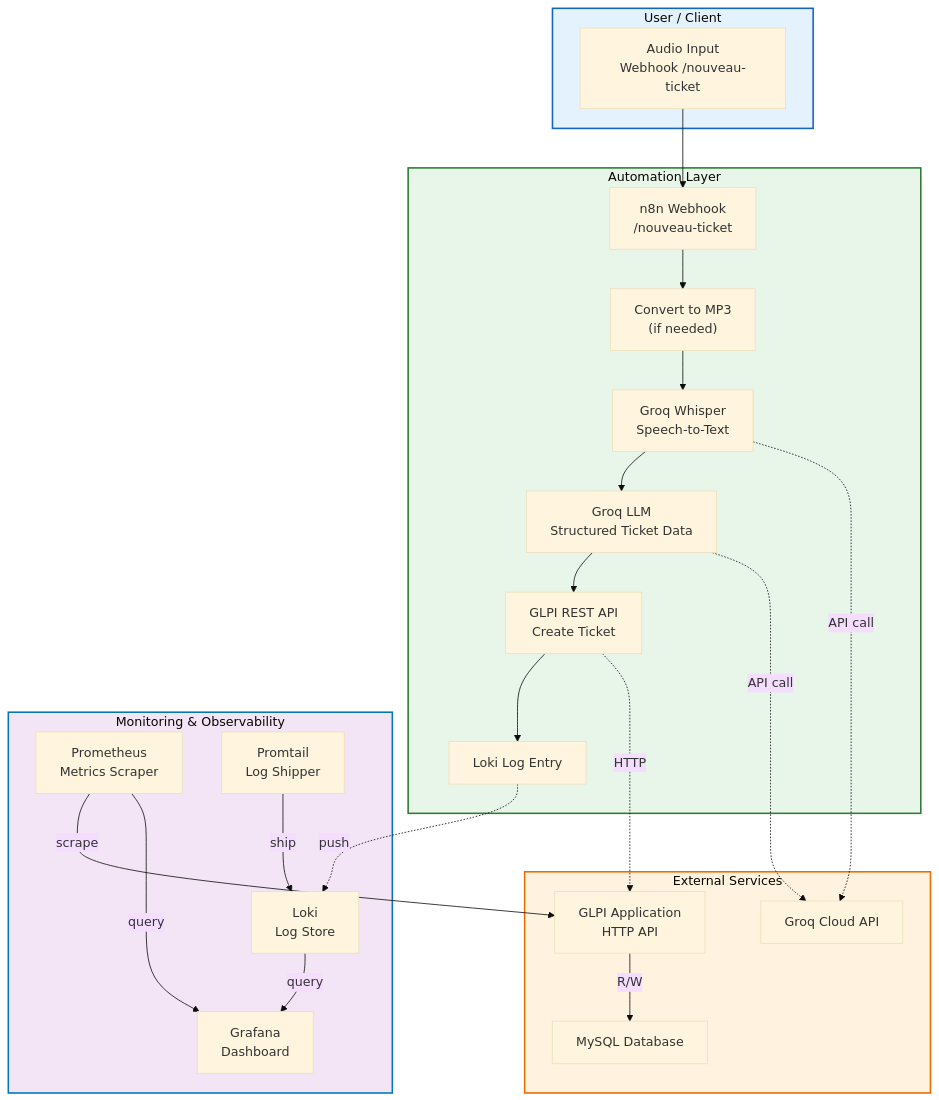
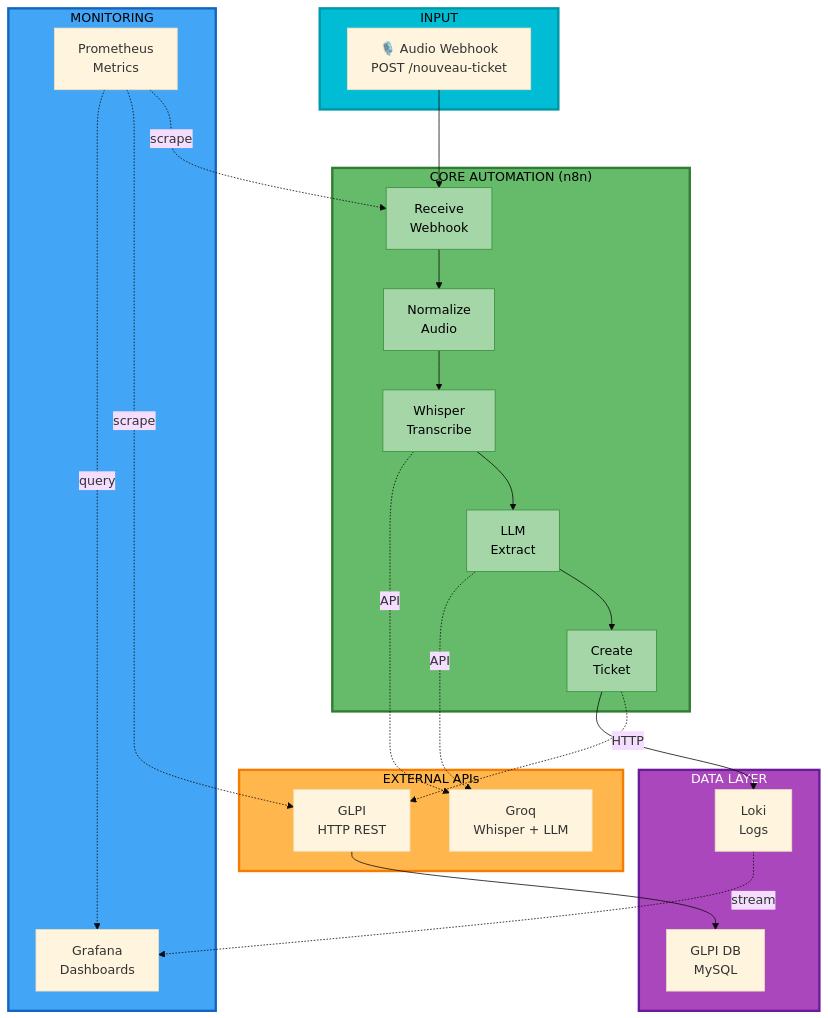
One commit to Mohamed-bakkali/Click-and-Speak changed the first of 5 diagrams in docs/01-architecture.md. Above: the diagram before and after it, drawn with Mermaid (base theme). The commit also changed other lines of this file and 1 other file, not shown here.

Commit message:
Improve diagram colors for dark mode and restructure architecture visuals

````diff
--- a/docs/01-architecture.md
+++ b/docs/01-architecture.md
@@ -5,45 +5,51 @@
 ```mermaid
-flowchart TB
-    subgraph user["User / Client"]
-        audio["Audio Input<br/>Webhook /nouveau-ticket"]
+graph TB
+    subgraph input[" INPUT "]
+        audio["🎙️ Audio Webhook<br/>POST /nouveau-ticket"]
     end
 
-    subgraph automation["Automation Layer"]
-        webhook["n8n Webhook<br/>/nouveau-ticket"]
-        convert["Convert to MP3<br/>(if needed)"]
-        whisper["Groq Whisper<br/>Speech-to-Text"]
-        extract["Groq LLM<br/>Structured Ticket Data"]
-        glpi["GLPI REST API<br/>Create Ticket"]
-        log["Loki Log Entry"]
+    subgraph core[" CORE AUTOMATION (n8n) "]
+        w1["Receive<br/>Webhook"]
+        w2["Normalize<br/>Audio"]
+        w3["Whisper<br/>Transcribe"]
+        w4["LLM<br/>Extract"]
+        w5["Create<br/>Ticket"]
     end
 
-    subgraph services["External Services"]
-        groq["Groq Cloud API"]
-        glpi_api["GLPI Application<br/>HTTP API"]
-        mysql["MySQL Database"]
+    subgraph external[" EXTERNAL APIs "]
+        groq["Groq<br/>Whisper + LLM"]
+        glpi_svc["GLPI<br/>HTTP REST"]
     end
 
-    subgraph monitoring["Monitoring & Observability"]
-        prometheus["Prometheus<br/>Metrics Scraper"]
-        loki_store["Loki<br/>Log Store"]
-        grafana["Grafana<br/>Dashboard"]
-        promtail["Promtail<br/>Log Shipper"]
+    subgraph backend[" DATA LAYER "]
+        glpi_db["GLPI DB<br/>MySQL"]
+        loki_logs["Loki<br/>Logs"]
     end
 
-    audio --> webhook --> convert --> whisper --> extract --> glpi
-    glpi --> log
-    whisper -.->|API call| groq
-    extract -.->|API call| groq
-    glpi -.->|HTTP| glpi_api
-    glpi_api -->|R/W| mysql
-    log -.->|push| loki_store
-    prometheus -->|scrape| glpi_api
-    promtail -->|ship| loki_store
-    loki_store -->|query| grafana
-    prometheus -->|query| grafana
+    subgraph observability[" MONITORING "]
+        prom["Prometheus<br/>Metrics"]
+        grafana_dash["Grafana<br/>Dashboards"]
+    end
 
-    style user fill:#e3f2fd,stroke:#1565c0,stroke-width:2px
-    style automation fill:#e8f5e9,stroke:#2e7d32,stroke-width:2px
-    style services fill:#fff3e0,stroke:#ef6c00,stroke-width:2px
-    style monitoring fill:#f3e5f5,stroke:#0277bd,stroke-width:2px
+    audio --> w1 --> w2 --> w3 --> w4 --> w5
+    w3 -.->|API| groq
+    w4 -.->|API| groq
+    w5 -.->|HTTP| glpi_svc
+    glpi_svc --> glpi_db
+    w5 --> loki_logs
+    prom -.->|scrape| w1
+    prom -.->|scrape| glpi_svc
+    loki_logs -.->|stream| grafana_dash
+    prom -.->|query| grafana_dash
+
+    style input fill:#00BCD4,color:#000,stroke:#0097A7,stroke-width:3px
+    style core fill:#66BB6A,color:#000,stroke:#2E7D32,stroke-width:3px
+    style external fill:#FFB74D,color:#000,stroke:#F57C00,stroke-width:3px
+    style backend fill:#AB47BC,color:#fff,stroke:#6A1B9A,stroke-width:3px
+    style observability fill:#42A5F5,color:#000,stroke:#1565C0,stroke-width:3px
+    style w1 fill:#A5D6A7,color:#000,stroke:#388E3C
+    style w2 fill:#A5D6A7,color:#000,stroke:#388E3C
+    style w3 fill:#A5D6A7,color:#000,stroke:#388E3C
+    style w4 fill:#A5D6A7,color:#000,stroke:#388E3C
+    style w5 fill:#A5D6A7,color:#000,stroke:#388E3C
 ```
````
